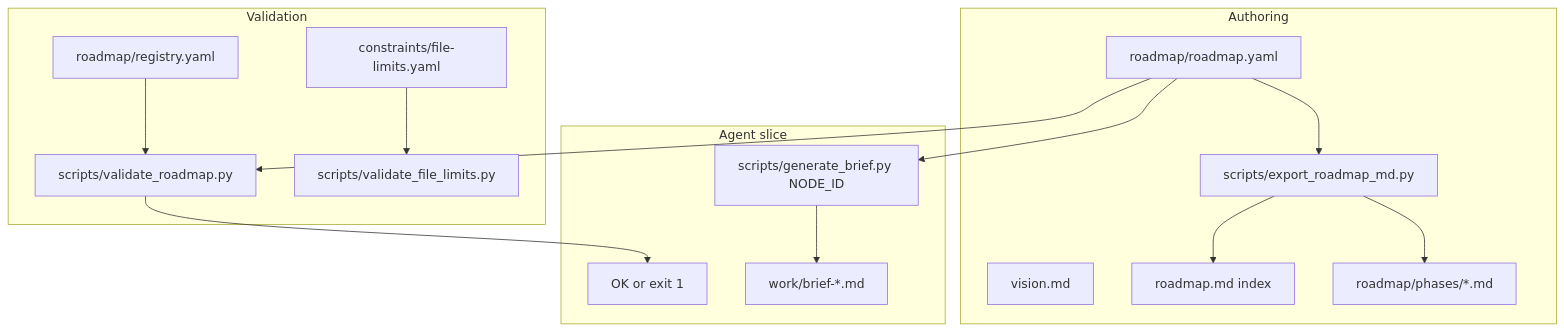
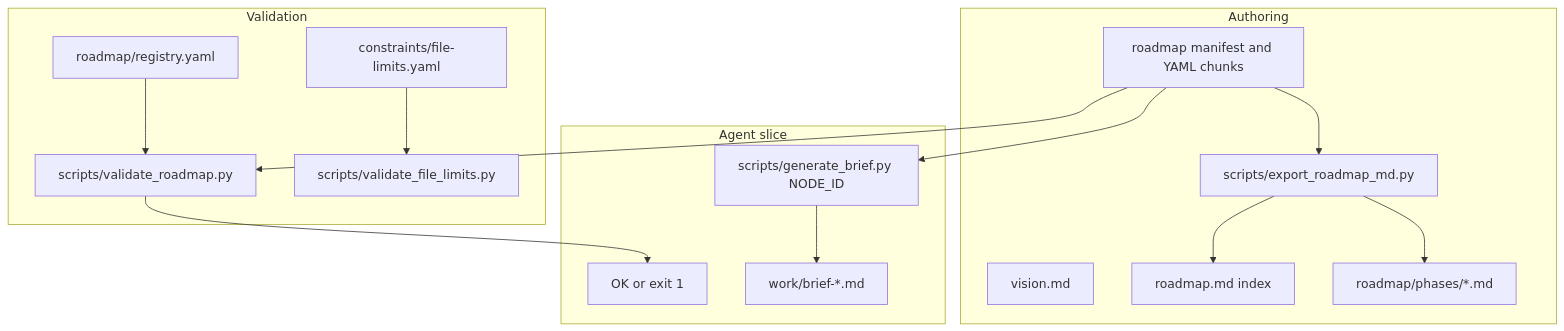
One commit to shanevigil/specy-road changed the diagram in docs/architecture.md. Above: the diagram before and after it, drawn with Mermaid. The commit also changed other lines of this file and 18 other files, not shown here.

First line of the commit message:
feat(roadmap): hierarchical YAML chunks and 400-line policy

````diff
--- a/docs/architecture.md
+++ b/docs/architecture.md
@@ -9,21 +9,21 @@
 ```mermaid
 flowchart TD
   subgraph author [Authoring]
-    Y[roadmap/roadmap.yaml]
+    Y[roadmap manifest and YAML chunks]
     V[vision.md]
     Y --> E[scripts/export_roadmap_md.py]
     E --> I[roadmap.md index]
     E --> P[roadmap/phases/*.md]
   end
   subgraph validate [Validation]
     Y --> VR[scripts/validate_roadmap.py]
     R[roadmap/registry.yaml] --> VR
     FL[constraints/file-limits.yaml] --> VF[scripts/validate_file_limits.py]
   end
   subgraph agent [Agent slice]
     VR --> OK[OK or exit 1]
     GB[scripts/generate_brief.py NODE_ID]
     Y --> GB
     GB --> B[work/brief-*.md]
   end
 ```
````
